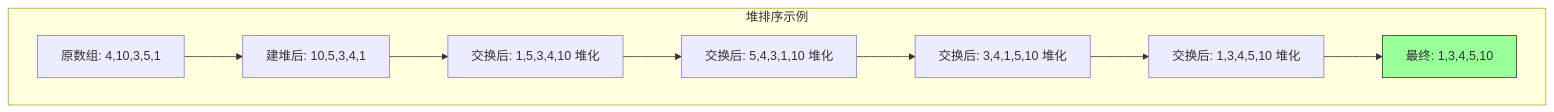
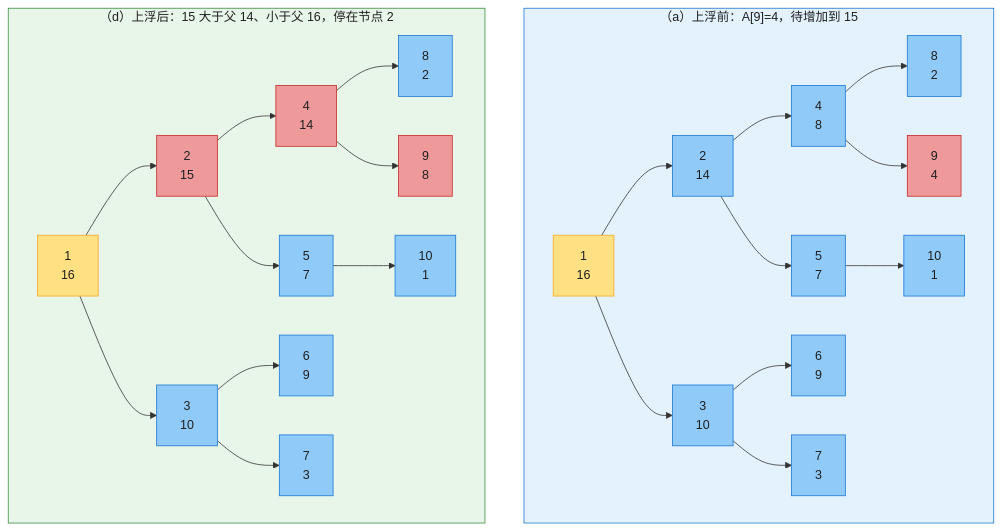
Before and after one commit to socoo123/book_reading: the fifth of 6 diagrams in IntroductionToAlgorithms/Chapter06_堆排序_深度版.md, drawn with Mermaid. The commit also changed other lines of this file and 30 other files, not shown here.

````diff
--- a/IntroductionToAlgorithms/Chapter06_堆排序_深度版.md
+++ b/IntroductionToAlgorithms/Chapter06_堆排序_深度版.md
@@ -437,21 +376,35 @@
 ```mermaid
 graph TD
-    subgraph 堆排序示例
-    Step1["原数组: 4,10,3,5,1"]
-    Step2["建堆后: 10,5,3,4,1"]
-    Step3["交换后: 1,5,3,4,10 堆化"]
-    Step4["交换后: 5,4,3,1,10 堆化"]
-    Step5["交换后: 3,4,1,5,10 堆化"]
-    Step6["交换后: 1,3,4,5,10 堆化"]
-    Step7["最终: 1,3,4,5,10"]
+    subgraph S1["（a）上浮前：A[9]=4，待增加到 15"]
+      a1["1<br/>16"] --> a2["2<br/>14"]
+      a1 --> a3["3<br/>10"]
+      a2 --> a4["4<br/>8"]
+      a2 --> a5["5<br/>7"]
+      a3 --> a6["6<br/>9"]
+      a3 --> a7["7<br/>3"]
+      a4 --> a8["8<br/>2"]
+      a4 --> a9["9<br/>4"]
+      a5 --> a10["10<br/>1"]
+    end
+    subgraph S2["（d）上浮后：15 大于父 14、小于父 16，停在节点 2"]
+      b1["1<br/>16"] --> b2["2<br/>15"]
+      b1 --> b3["3<br/>10"]
+      b2 --> b4["4<br/>14"]
+      b2 --> b5["5<br/>7"]
+      b3 --> b6["6<br/>9"]
+      b3 --> b7["7<br/>3"]
+      b4 --> b8["8<br/>2"]
+      b4 --> b9["9<br/>8"]
+      b5 --> b10["10<br/>1"]
     end
 
-    Step1 --> Step2
-    Step2 --> Step3
-    Step3 --> Step4
-    Step4 --> Step5
-    Step5 --> Step6
-    Step6 --> Step7
+    classDef rt fill:#FFE082,stroke:#F9A825,color:#1f1f1f
+    classDef nd fill:#90CAF9,stroke:#1976D2,color:#1f1f1f
+    classDef hl fill:#EF9A9A,stroke:#C62828,color:#1f1f1f
+    class a1,b1 rt
+    class a9,b2,b4,b9 hl
+    class a2,a3,a4,a5,a6,a7,a8,a10,b3,b5,b6,b7,b8,b10 nd
 
-    style Step7 fill:#9f9,stroke:#333
+    style S1 fill:#E3F2FD,stroke:#1976D2,color:#1f1f1f
+    style S2 fill:#E8F5E9,stroke:#388E3C,color:#1f1f1f
 ```
````
